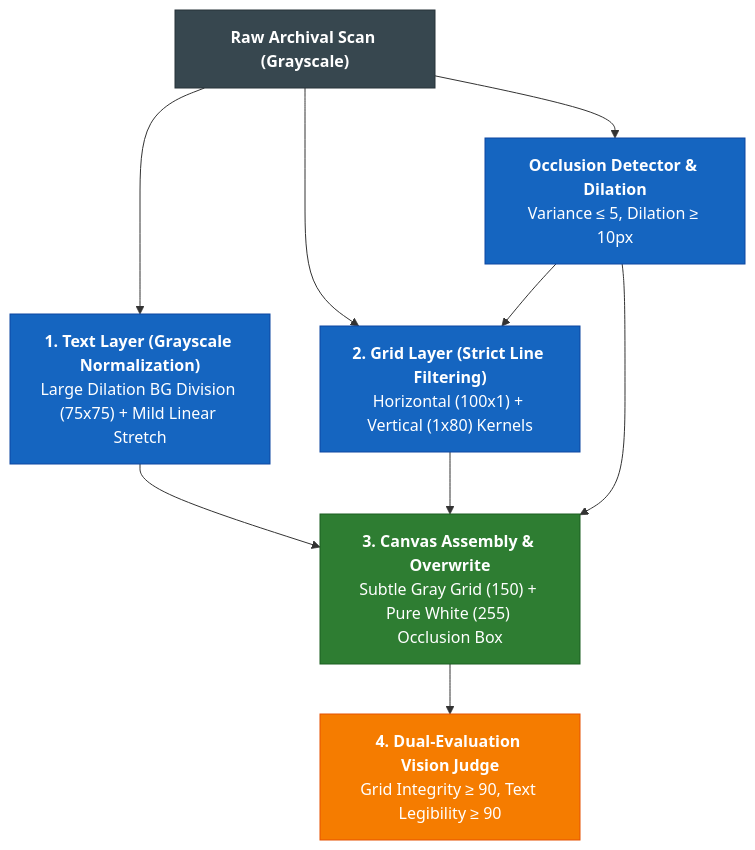
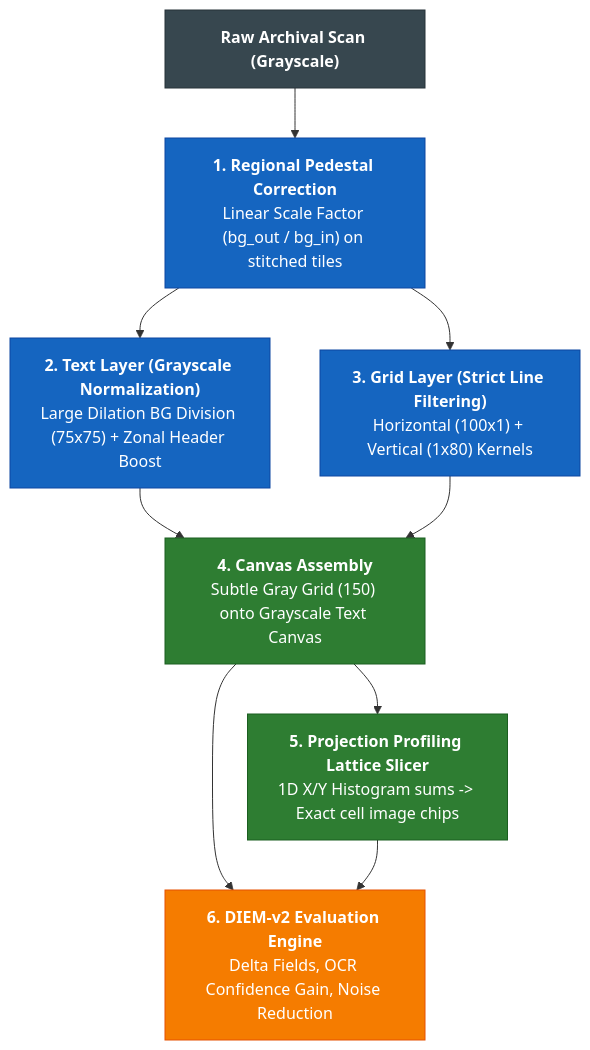
The diagram in .claude/skills/archival-vision-engine.md (Kern-River-Boaters/gpx), drawn with Mermaid before and after one commit. The commit also changed other lines of this file and 8 other files, not shown here.

````diff
--- a/.claude/skills/archival-vision-engine.md
+++ b/.claude/skills/archival-vision-engine.md
@@ -18,16 +18,18 @@
 ```mermaid
 graph TD
     classDef raw fill:#37474f,stroke:#263238,color:#fff;
     classDef layer fill:#1565c0,stroke:#0d47a1,color:#fff;
     classDef comp fill:#2e7d32,stroke:#1b5e20,color:#fff;
-    classDef judge fill:#f57c00,stroke:#e65100,color:#fff;
+    classDef diem fill:#f57c00,stroke:#e65100,color:#fff;
 
-    RAW["<b>Raw Archival Scan (Grayscale)</b>"]:::raw --> MASK["<b>Occlusion Detector & Dilation</b><br/>Variance &le; 5, Dilation &ge; 10px"]:::layer
+    RAW["<b>Raw Archival Scan (Grayscale)</b>"]:::raw --> PED["<b>1. Regional Pedestal Correction</b><br/>Linear Scale Factor (bg_out / bg_in) on stitched tiles"]:::layer
     
-    RAW --> TEXT["<b>1. Text Layer (Grayscale Normalization)</b><br/>Large Dilation BG Division (75x75) + Mild Linear Stretch"]:::layer
-    RAW & MASK --> GRID["<b>2. Grid Layer (Strict Line Filtering)</b><br/>Horizontal (100x1) + Vertical (1x80) Kernels"]:::layer
+    PED --> TEXT["<b>2. Text Layer (Grayscale Normalization)</b><br/>Large Dilation BG Division (75x75) + Zonal Header Boost"]:::layer
+    PED --> GRID["<b>3. Grid Layer (Strict Line Filtering)</b><br/>Horizontal (100x1) + Vertical (1x80) Kernels"]:::layer
     
-    TEXT & GRID & MASK --> COMP["<b>3. Canvas Assembly & Overwrite</b><br/>Subtle Gray Grid (150) + Pure White (255) Occlusion Box"]:::comp
+    TEXT & GRID --> COMP["<b>4. Canvas Assembly</b><br/>Subtle Gray Grid (150) onto Grayscale Text Canvas"]:::comp
     
-    COMP --> JUDGE["<b>4. Dual-Evaluation Vision Judge</b><br/>Grid Integrity &ge; 90, Text Legibility &ge; 90"]:::judge
+    COMP --> SLICE["<b>5. Projection Profiling Lattice Slicer</b><br/>1D X/Y Histogram sums -> Exact cell image chips"]:::comp
+
+    COMP & SLICE --> DIEM["<b>6. DIEM-v2 Evaluation Engine</b><br/>Delta Fields, OCR Confidence Gain, Noise Reduction"]:::diem
 ```
````
